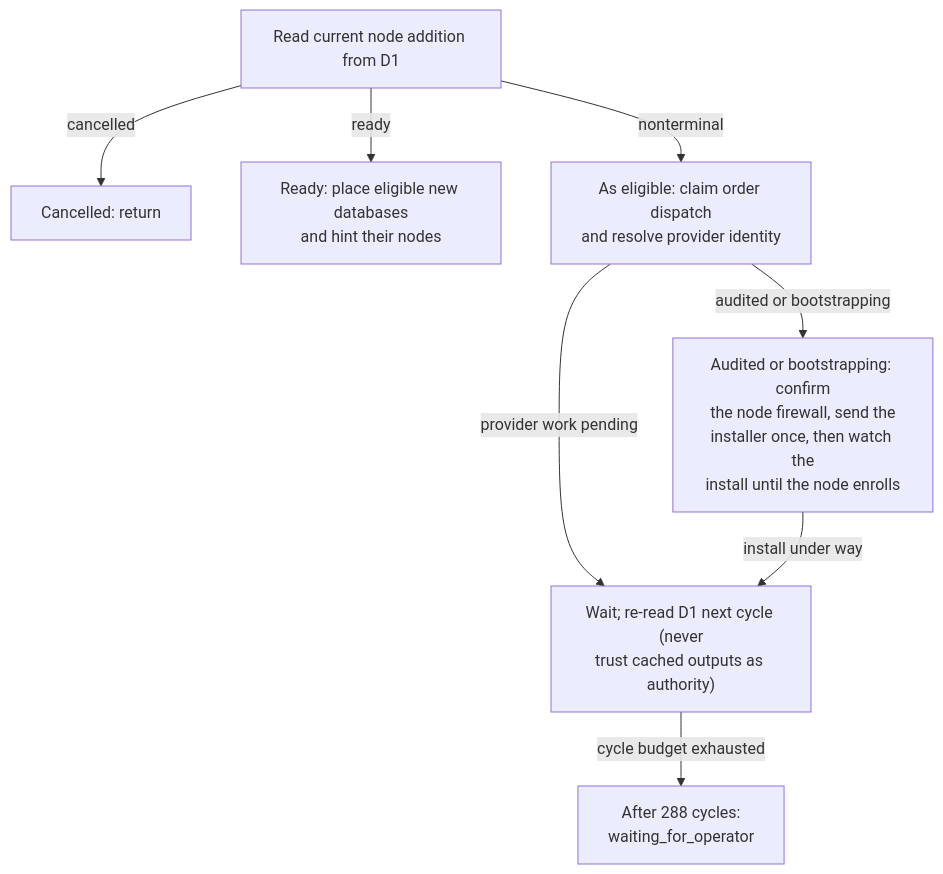
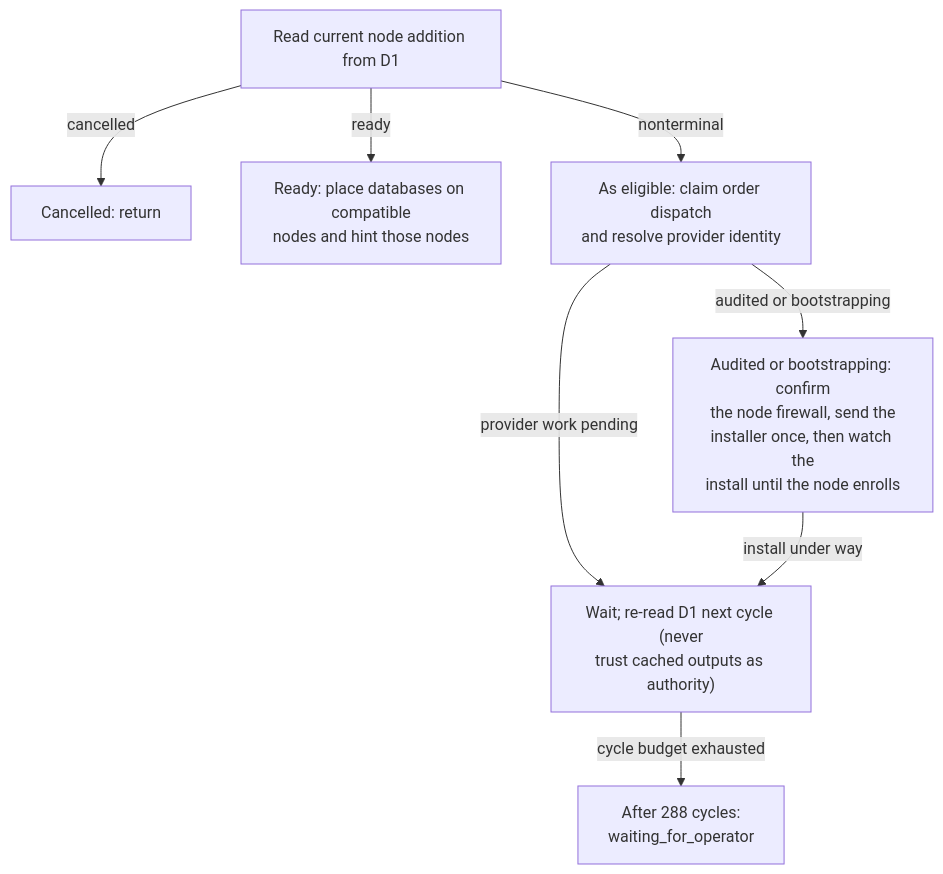
Before and after one commit to amerged-org/cloudflare-postgres: the diagram in docs/architecture/mermaider/add-node.mmd, drawn with Mermaid. The commit also changed 40 other files, not shown here.

Commit message:
feat: add qualified managed PostGIS and JSON Schema extensions

```diff
--- a/docs/architecture/mermaider/add-node.mmd
+++ b/docs/architecture/mermaider/add-node.mmd
@@ -1,15 +1,15 @@
 flowchart TD
     n_98d16e133cfc["Read current node addition from D1"]
     n_05cae6515ea2["Cancelled: return"]
-    n_f6c7e8a30e85["Ready: place eligible new databases<br/>and hint their nodes"]
+    n_f6c7e8a30e85["Ready: place databases on compatible<br/>nodes and hint those nodes"]
     n_a67701fc2401["As eligible: claim order dispatch<br/>and resolve provider identity"]
     n_d893dc3cbbc2["Audited or bootstrapping: confirm<br/>the node firewall, send the<br/>installer once, then watch the<br/>install until the node enrolls"]
     n_8092c49190cf["Wait; re-read D1 next cycle (never<br/>trust cached outputs as authority)"]
     n_83212f141b4e["After 288 cycles:<br/>waiting_for_operator"]
     n_98d16e133cfc -->|"cancelled"| n_05cae6515ea2
     n_98d16e133cfc -->|"ready"| n_f6c7e8a30e85
     n_98d16e133cfc -->|"nonterminal"| n_a67701fc2401
     n_a67701fc2401 -->|"audited or bootstrapping"| n_d893dc3cbbc2
     n_a67701fc2401 -->|"provider work pending"| n_8092c49190cf
     n_8092c49190cf -->|"cycle budget exhausted"| n_83212f141b4e
     n_d893dc3cbbc2 -->|"install under way"| n_8092c49190cf
```
